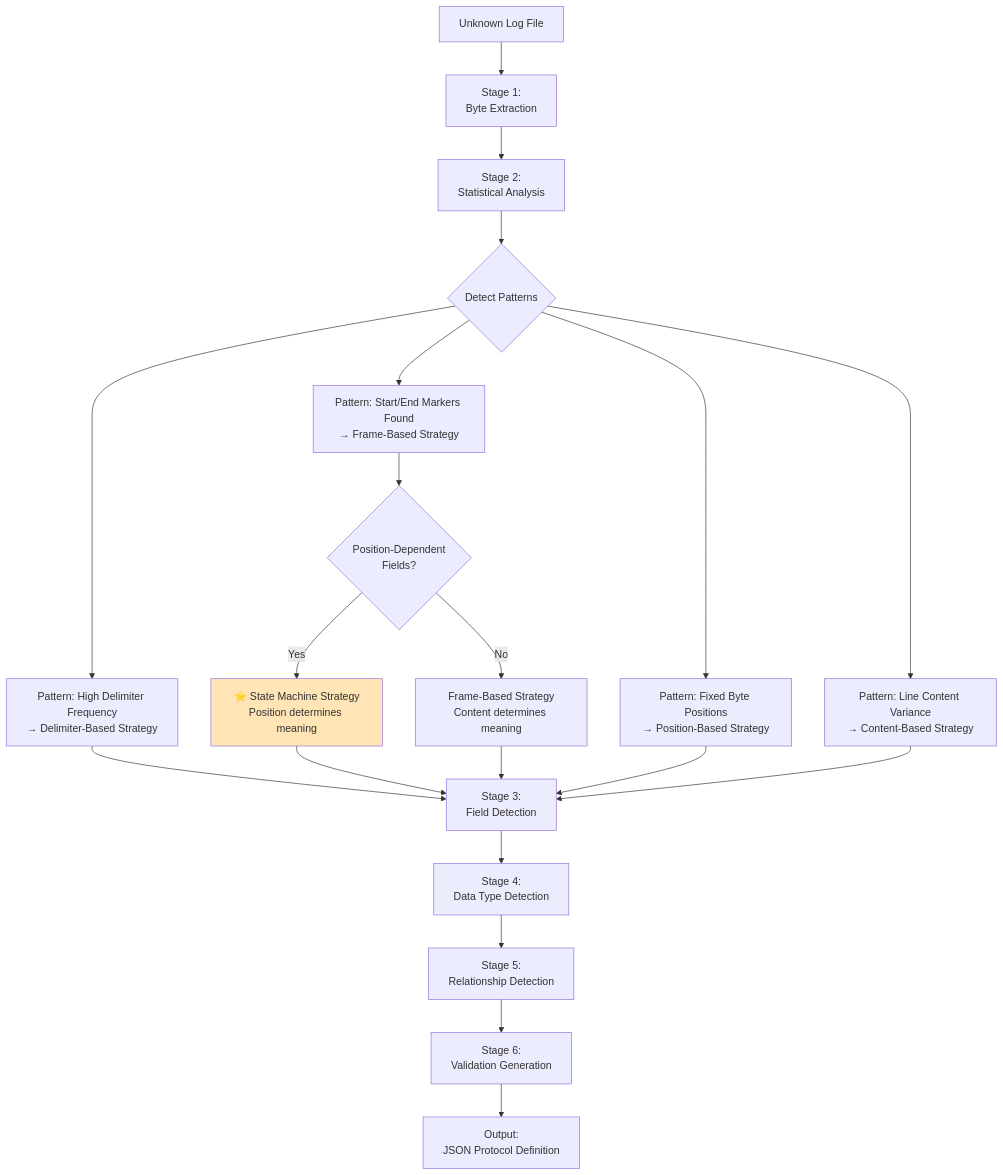
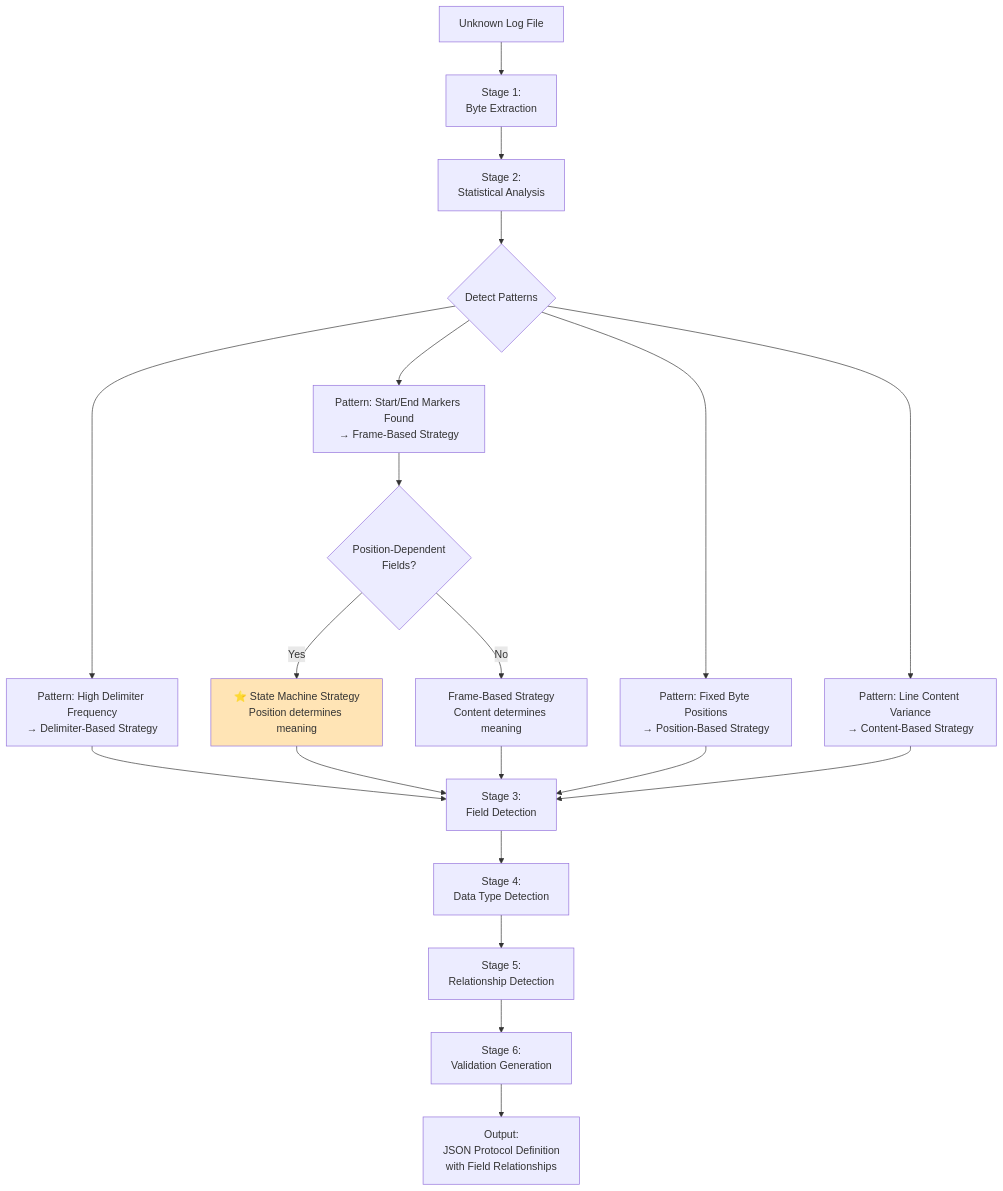
One commit to chumpon-asaneerat/NSerialCommTools changed the first of 8 diagrams in Documents/ModernDesign/03-Parsing-Strategy-Analysis.md. Above: the diagram before and after it, drawn with Mermaid. The commit also changed 1 other file, not shown here.

Commit message:
Update document #108

````diff
--- a/Documents/ModernDesign/03-Parsing-Strategy-Analysis.md
+++ b/Documents/ModernDesign/03-Parsing-Strategy-Analysis.md
@@ -39,33 +39,33 @@
 ```mermaid
 flowchart TD
     A[Unknown Log File] --> B[Stage 1:<br/>Byte Extraction]
 
     B --> C[Stage 2:<br/>Statistical Analysis]
 
     C --> D{Detect Patterns}
 
     D --> E1[Pattern: High Delimiter Frequency<br/>→ Delimiter-Based Strategy]
     D --> E2[Pattern: Start/End Markers Found<br/>→ Frame-Based Strategy]
     D --> E3[Pattern: Fixed Byte Positions<br/>→ Position-Based Strategy]
     D --> E4[Pattern: Line Content Variance<br/>→ Content-Based Strategy]
 
     E2 --> E2A{Position-Dependent<br/>Fields?}
     E2A -->|Yes| E2B[⭐ State Machine Strategy<br/>Position determines meaning]
     E2A -->|No| E2C[Frame-Based Strategy<br/>Content determines meaning]
 
     E1 --> F[Stage 3:<br/>Field Detection]
     E2B --> F
     E2C --> F
     E3 --> F
     E4 --> F
 
     F --> G[Stage 4:<br/>Data Type Detection]
 
     G --> H[Stage 5:<br/>Relationship Detection]
 
     H --> I[Stage 6:<br/>Validation Generation]
 
-    I --> J[Output:<br/>JSON Protocol Definition]
+    I --> J[Output:<br/>JSON Protocol Definition<br/>with Field Relationships]
 
     style E2B fill:#FFE4B5
 ```
````
